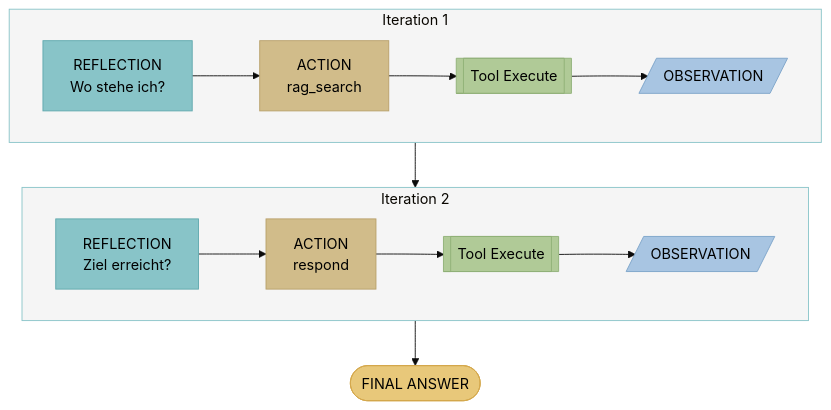
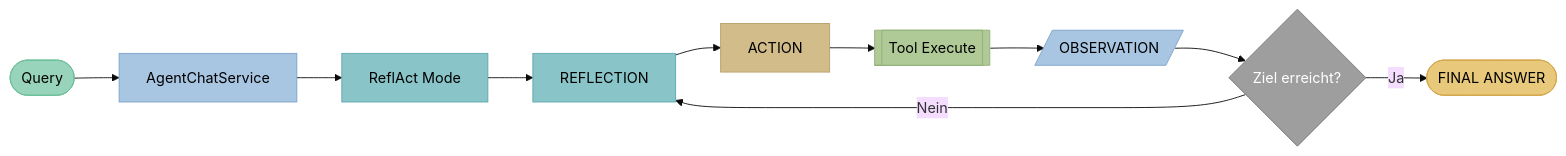
Before and after one commit to th-nuernberg/llars: the first of 2 diagrams in docs/docs/agentic-ai/reflact.md, drawn with Mermaid (base theme). The commit also changed other lines of this file and 72 other files, not shown here.

````diff
--- a/docs/docs/agentic-ai/reflact.md
+++ b/docs/docs/agentic-ai/reflact.md
@@ -18,31 +18,22 @@
 ```mermaid
-flowchart TB
-    subgraph iter1[Iteration 1]
-        direction LR
-        r1[REFLECTION<br/>Wo stehe ich?] --> a1[ACTION<br/>rag_search]
-        a1 --> tool1[[Tool Execute]]
-        tool1 --> o1[/OBSERVATION/]
-    end
+flowchart LR
+    query([Query]) --> service[AgentChatService]
+    service --> reflact[ReflAct Mode]
+    reflact --> refl[REFLECTION]
+    refl --> action[ACTION]
+    action --> tool[[Tool Execute]]
+    tool --> obs[/OBSERVATION/]
+    obs --> decide{Ziel erreicht?}
+    decide -->|Nein| refl
+    decide -->|Ja| final([FINAL ANSWER])
 
-    subgraph iter2[Iteration 2]
-        direction LR
-        r2[REFLECTION<br/>Ziel erreicht?] --> a2[ACTION<br/>respond]
-        a2 --> tool2[[Tool Execute]]
-        tool2 --> o2[/OBSERVATION/]
-    end
-
-    iter1 --> iter2
-    iter2 --> final([FINAL ANSWER])
-
-    style r1 fill:#88c4c8,stroke:#5fa8ad,color:#000
-    style a1 fill:#D1BC8A,stroke:#b8a06a,color:#000
-    style tool1 fill:#b0ca97,stroke:#8fb077,color:#000
-    style o1 fill:#a8c5e2,stroke:#7ba3c9,color:#000
-    style r2 fill:#88c4c8,stroke:#5fa8ad,color:#000
-    style a2 fill:#D1BC8A,stroke:#b8a06a,color:#000
-    style tool2 fill:#b0ca97,stroke:#8fb077,color:#000
-    style o2 fill:#a8c5e2,stroke:#7ba3c9,color:#000
-    style iter1 fill:#f5f5f5,stroke:#88c4c8
-    style iter2 fill:#f5f5f5,stroke:#88c4c8
+    style query fill:#98d4bb,stroke:#6bbf9a,color:#000
+    style service fill:#a8c5e2,stroke:#7ba3c9,color:#000
+    style reflact fill:#88c4c8,stroke:#5fa8ad,color:#000
+    style refl fill:#88c4c8,stroke:#5fa8ad,color:#000
+    style action fill:#D1BC8A,stroke:#b8a06a,color:#000
+    style tool fill:#b0ca97,stroke:#8fb077,color:#000
+    style obs fill:#a8c5e2,stroke:#7ba3c9,color:#000
+    style decide fill:#9e9e9e,stroke:#757575,color:#fff
     style final fill:#e8c87a,stroke:#d4a84b,color:#000
 ```
````
